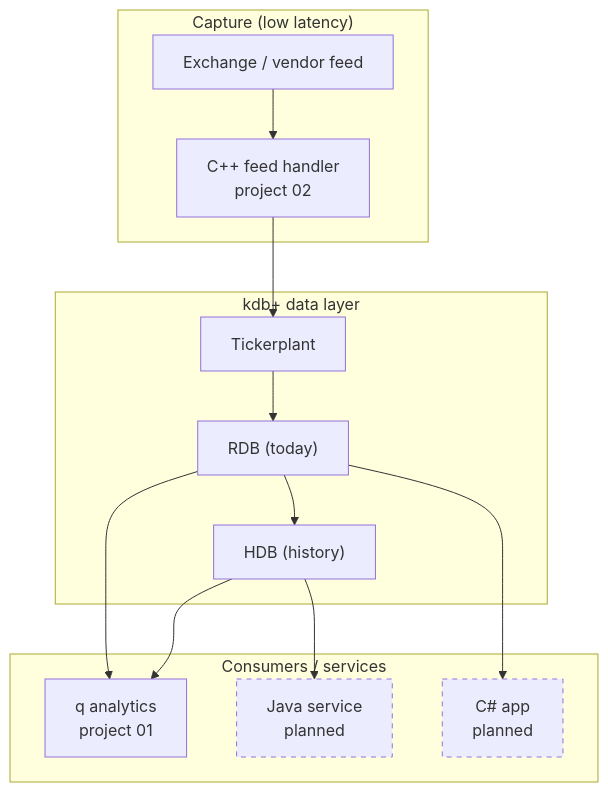
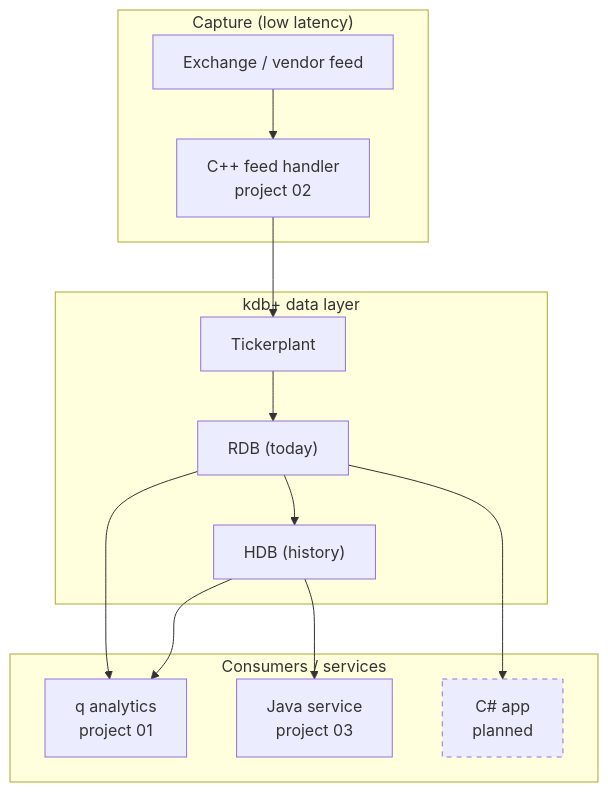
One commit to koatedevopskpai/kdb-portfolio changed the first of 2 diagrams in docs/architecture.md. Above: the diagram before and after it, drawn with Mermaid. The commit also changed 7 other files, not shown here.

Commit message:
docs(03): add README, architecture and ADRs; update portfolio index

````diff
--- a/docs/architecture.md
+++ b/docs/architecture.md
@@ -13,29 +13,29 @@
 ```mermaid
 flowchart TB
     subgraph Capture["Capture (low latency)"]
         EXCH["Exchange / vendor feed"]
         FH["C++ feed handler\nproject 02"]
         EXCH --> FH
     end
 
     subgraph KDB["kdb+ data layer"]
         TP["Tickerplant"]
         RDB["RDB (today)"]
         HDB["HDB (history)"]
         FH --> TP --> RDB
         RDB --> HDB
     end
 
     subgraph Consume["Consumers / services"]
         Q["q analytics\nproject 01"]
-        J["Java service\nplanned"]
+        J["Java service\nproject 03"]
         C["C# app\nplanned"]
     end
     RDB --> Q
     HDB --> Q
     HDB --> J
     RDB --> C
 
     classDef planned stroke-dasharray: 5 5
-    class J,C planned
+    class C planned
 ```
````
